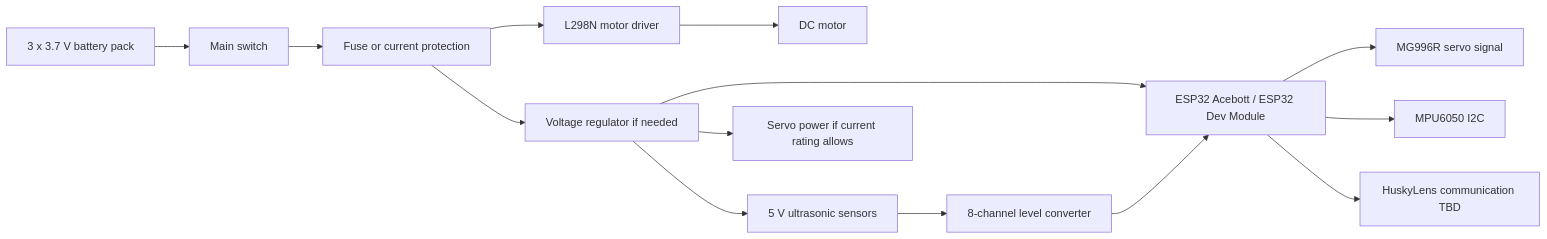
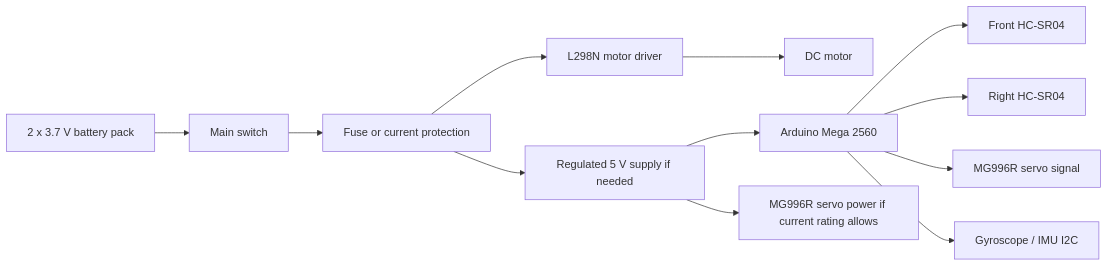
One commit to Yamilgmr/SKRobotics_WRO2026 changed the diagram in docs/04_power_and_sensors.md. Above: the diagram before and after it, drawn with Mermaid. The commit also changed other lines of this file and 25 other files, not shown here.

Commit message:
Return active baseline to Arduino Mega

````diff
--- a/docs/04_power_and_sensors.md
+++ b/docs/04_power_and_sensors.md
@@ -9,16 +9,14 @@
 ```mermaid
 flowchart LR
-    A["3 x 3.7 V battery pack"] --> B["Main switch"]
+    A["2 x 3.7 V battery pack"] --> B["Main switch"]
     B --> C["Fuse or current protection"]
     C --> D["L298N motor driver"]
     D --> E["DC motor"]
-    C --> F["Voltage regulator if needed"]
-    F --> G["ESP32 Acebott / ESP32 Dev Module"]
-    F --> H["5 V ultrasonic sensors"]
-    H --> L["8-channel level converter"]
-    L --> G
-    G --> I["MG996R servo signal"]
-    G --> M["MPU6050 I2C"]
-    G --> K["HuskyLens communication TBD"]
-    F --> J["Servo power if current rating allows"]
+    C --> F["Regulated 5 V supply if needed"]
+    F --> G["Arduino Mega 2560"]
+    G --> H["Front HC-SR04"]
+    G --> I["Right HC-SR04"]
+    G --> J["MG996R servo signal"]
+    F --> K["MG996R servo power if current rating allows"]
+    G --> L["Gyroscope / IMU I2C"]
 ```
````
